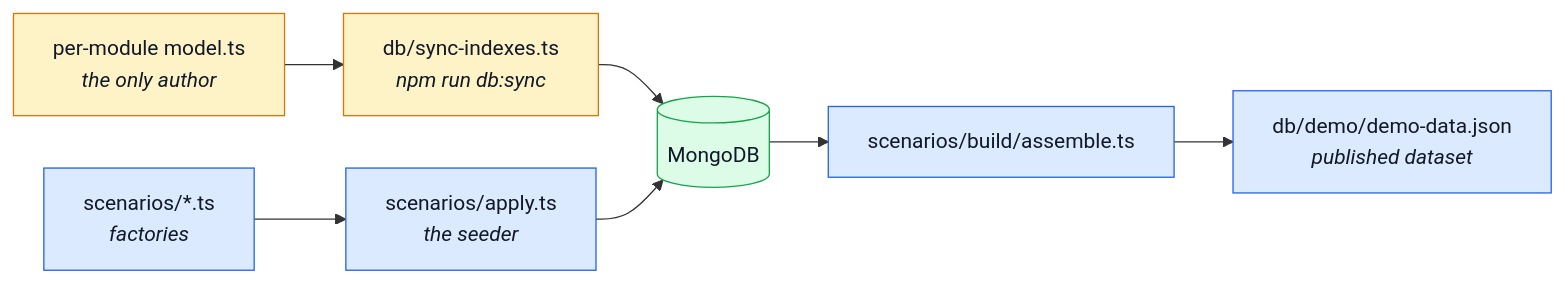
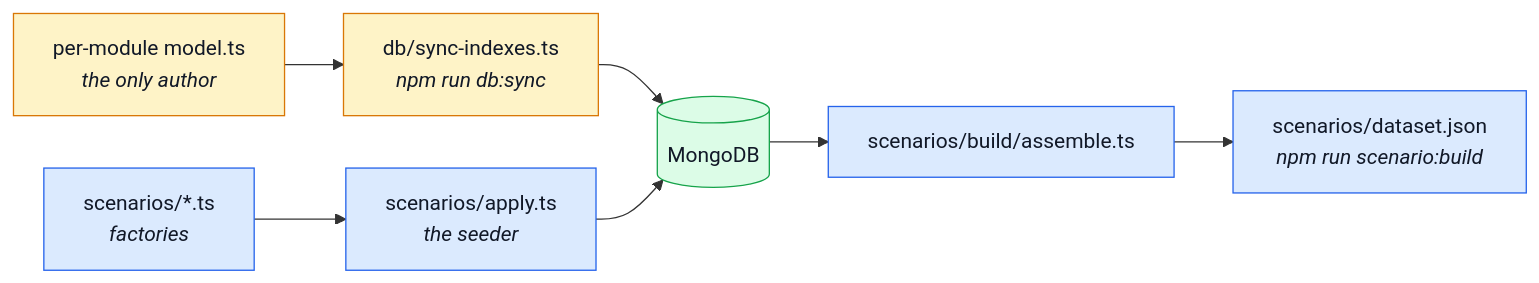
The first of 2 diagrams in docs/reference/data.md (Guebbit/boilerplate-node-backend), drawn with Mermaid before and after one commit. The commit also changed other lines of this file and 32 other files, not shown here.

````diff
--- a/docs/reference/data.md
+++ b/docs/reference/data.md
@@ -20,17 +20,17 @@
 ```mermaid
 %%{init: {'flowchart': {'nodeSpacing': 40, 'rankSpacing': 45}}}%%
 flowchart LR
     Models["per-module model.ts<br/><i>the only author</i>"] --> Sync["db/sync-indexes.ts<br/><i>npm run db:sync</i>"]
     Sync --> Mongo[("MongoDB")]
     Seeds["scenarios/*.ts<br/><i>factories</i>"] --> Index["scenarios/apply.ts<br/><i>the seeder</i>"]
     Index --> Mongo
     Mongo --> Assemble["scenarios/build/assemble.ts"]
-    Assemble --> Data["db/demo/demo-data.json<br/><i>published dataset</i>"]
+    Assemble --> Data["scenarios/dataset.json<br/><i>npm run scenario:build</i>"]
 
     classDef schema fill:#fef3c7,stroke:#d97706,color:#111827;
     classDef data fill:#dbeafe,stroke:#2563eb,color:#111827;
     classDef store fill:#dcfce7,stroke:#16a34a,color:#111827;
     class Models,Sync schema;
     class Seeds,Index,Assemble,Data data;
     class Mongo store;
 ```
````
